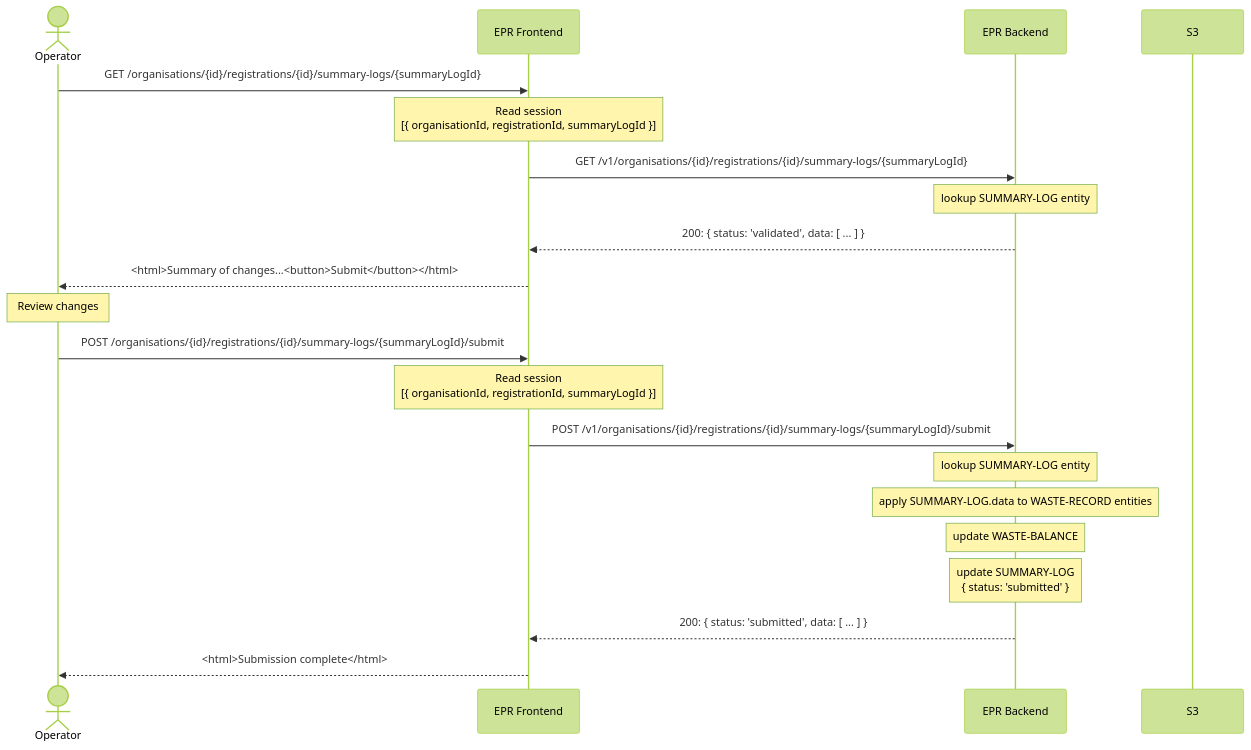
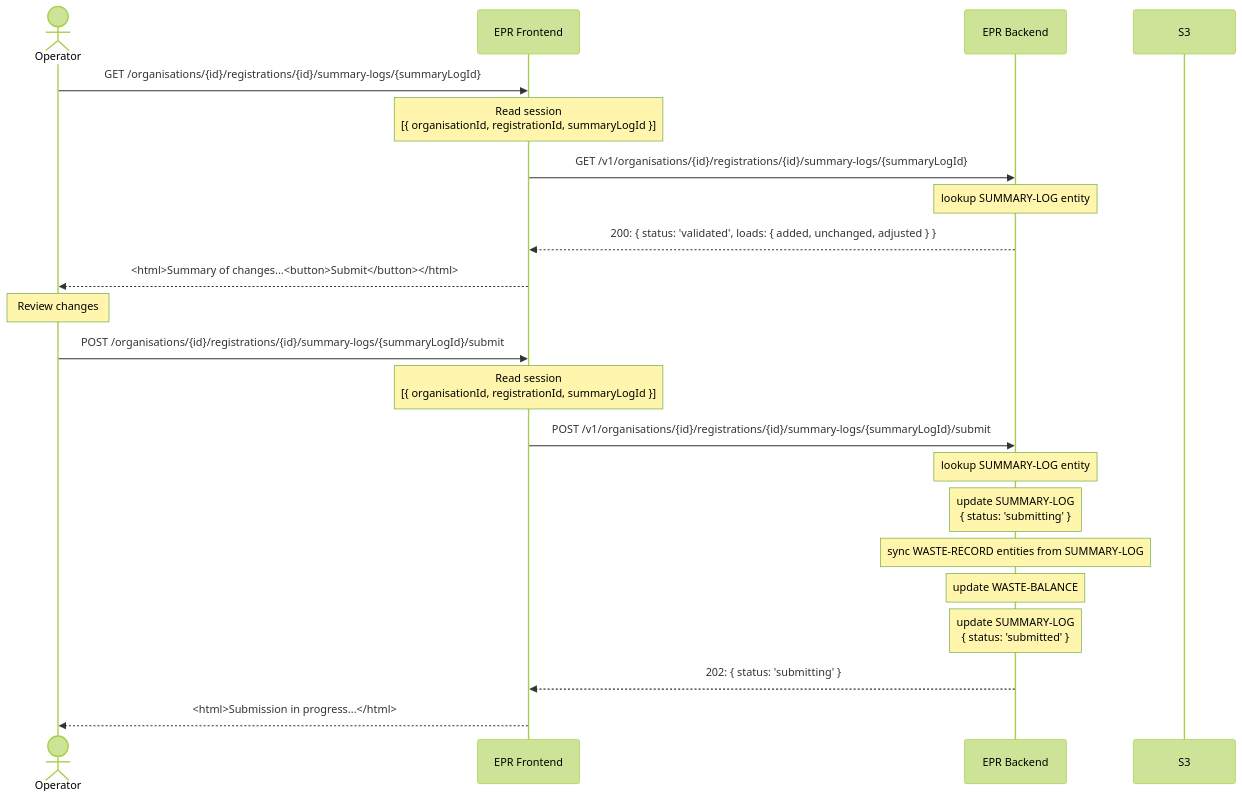
The third of 3 diagrams in docs/architecture/discovery/pepr-lld.md (DEFRA/epr-re-ex-service), drawn with Mermaid (forest theme) before and after one commit. The commit also changed other lines of this file and 1 other file, not shown here.

First line of the commit message:
docs: update LLD to reflect actual summary log and waste record implementation

````diff
--- a/docs/architecture/discovery/pepr-lld.md
+++ b/docs/architecture/discovery/pepr-lld.md
@@ -644,27 +691,28 @@
 ```mermaid
 sequenceDiagram
   actor Op as Operator
   participant Frontend as EPR Frontend
   participant Backend as EPR Backend
   participant S3
 
 
   Op->>Frontend: GET /organisations/{id}/registrations/{id}/summary-logs/{summaryLogId}
   Note over Frontend: Read session<br>[{ organisationId, registrationId, summaryLogId }]
   Frontend->>Backend: GET /v1/organisations/{id}/registrations/{id}/summary-logs/{summaryLogId}
   Note over Backend: lookup SUMMARY-LOG entity
-  Backend-->>Frontend: 200: { status: 'validated', data: [ ... ] }
+  Backend-->>Frontend: 200: { status: 'validated', loads: { added, unchanged, adjusted } }
   Frontend-->>Op: <html>Summary of changes...<button>Submit</button></html>
 
   Note over Op: Review changes
 
   Op->>Frontend: POST /organisations/{id}/registrations/{id}/summary-logs/{summaryLogId}/submit
   Note over Frontend: Read session<br>[{ organisationId, registrationId, summaryLogId }]
   Frontend->>Backend: POST /v1/organisations/{id}/registrations/{id}/summary-logs/{summaryLogId}/submit
   Note over Backend: lookup SUMMARY-LOG entity
-  Note over Backend: apply SUMMARY-LOG.data to WASTE-RECORD entities
+  Note over Backend: update SUMMARY-LOG<br>{ status: 'submitting' }
+  Note over Backend: sync WASTE-RECORD entities from SUMMARY-LOG
   Note over Backend: update WASTE-BALANCE
   Note over Backend: update SUMMARY-LOG<br>{ status: 'submitted' }
-  Backend-->>Frontend: 200: { status: 'submitted', data: [ ... ] }
-  Frontend-->>Op: <html>Submission complete</html>
+  Backend-->>Frontend: 202: { status: 'submitting' }
+  Frontend-->>Op: <html>Submission in progress...</html>
 ```
````
